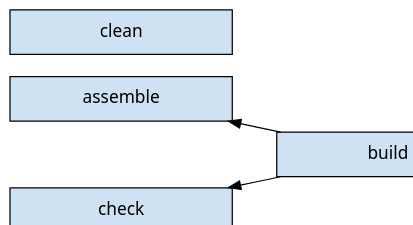
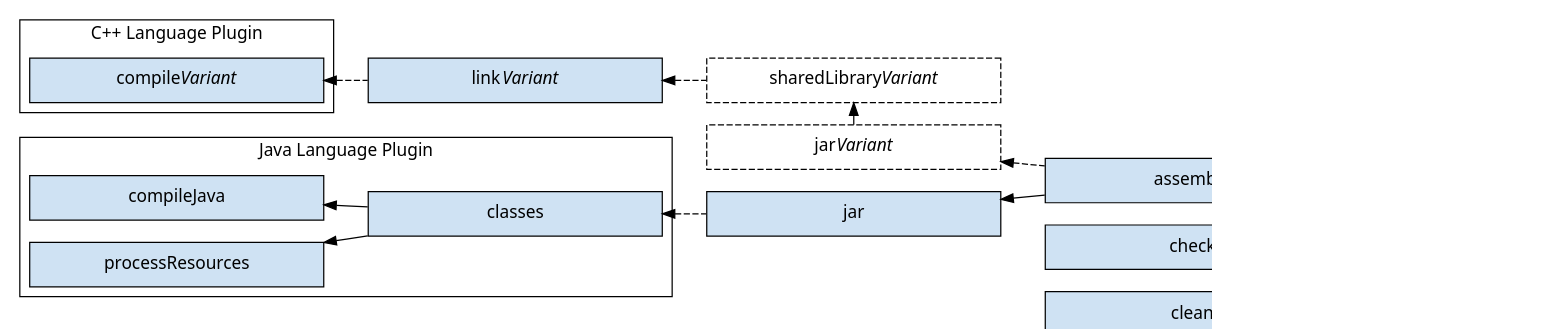
One commit to nokeedev/gradle-native changed the diagram in subprojects/docs/src/docs/manual/img/jni-library-task-graph.dot. Above: the diagram before and after it, drawn with Graphviz. The commit also changed 1 other file, not shown here.

Commit message:
Improve the JNI library reference chapter

```diff
--- a/subprojects/docs/src/docs/manual/img/jni-library-task-graph.dot
+++ b/subprojects/docs/src/docs/manual/img/jni-library-task-graph.dot
@@ -1,18 +1,46 @@
 digraph jniLibraryTaskGraph {
-	graph [ dpi = 100, fontname="Sans"];
-	node [fontname = "Sans"];
-	edge [fontname = "Sans"];
-	node [shape=rectangle, fixedsize=true, width=2.5, height=0.5];
-	node [style=filled, fillcolor="#cfe2f3"]
-	rankdir=LR
+  graph [ dpi = 100, fontname="Sans"];
+  node [fontname = "Sans"];
+  edge [fontname = "Sans"];
+  node [shape=rectangle, fixedsize=true, width=3.3, height=0.5];
+  node [style=filled, fillcolor="#cfe2f3"]
+  rankdir=LR
 
-	assemble -> build [dir=back]
-	check -> build [dir=back]
-	clean
+  subgraph cluster_cppLanguage {
+    label = "C++ Language Plugin"
+    color = black
 
-	// Ensure ordering
-	assemble -> empty1 -> empty2 -> check [style=invis]
-	{rank=same assemble check empty1 empty2}
-	empty1[shape=plain, label=""]
-	empty2[shape=plain, label=""]
+    compileCpp [label=<compile<i>Variant</i>>]
+  }
+
+  subgraph cluster_javaLanguage {
+    label = "Java Language Plugin"
+
+    {compileJava, processResources} -> classes [dir=back]
+    {rank=same compileJava processResources}
+  }
+
+  // Styling
+  link [label=<link<i>Variant</i>>]
+  sharedLibrary [style=dashed, label=<sharedLibrary<i>Variant</i>>]
+  jarNative [style=dashed, label=<jar<i>Variant</i>>]
+  jarJvm [label="jar"]
+
+  // link to assemble
+  compileCpp -> link -> sharedLibrary [dir=back, style=dashed]
+  sharedLibrary -> jarNative [dir=back]
+  {rank=same sharedLibrary jarNative}
+  jarNative -> assemble [dir=back, style=dashed]
+
+  // classes to assemble
+  classes -> jarJvm [dir=back, style=dashed]
+  jarJvm -> assemble [dir=back]
+
+  // assemble & check to build
+  assemble -> build [dir=back]
+  check -> build [dir=back]
+
+  // align check & clean
+  check -> clean [style=invis]
+  {rank=same check clean}
 }
```
